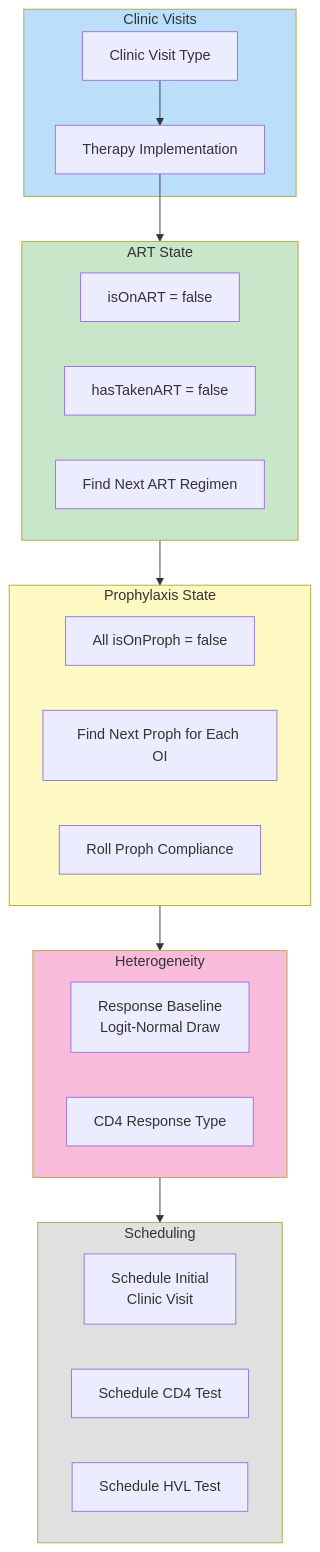
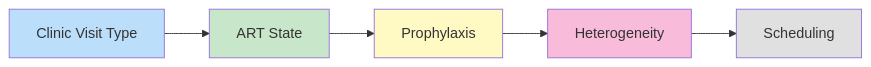
One commit to elithecat/CEPAC changed the seventh of 8 diagrams in docs/patient_initialization_guide.md. Above: the diagram before and after it, drawn with Mermaid. The commit also changed other lines of this file, not shown here.

First line of the commit message:
Fix Mermaid diagram overlaps and cat drinks YOUR water

````diff
--- a/docs/patient_initialization_guide.md
+++ b/docs/patient_initialization_guide.md
@@ -375,42 +359,13 @@
 ```mermaid
-flowchart TD
-    subgraph Visits["Clinic Visits"]
-        CV[Clinic Visit Type]
-        TI[Therapy Implementation]
-    end
+flowchart LR
+    CV[Clinic Visit Type] --> ART[ART State]
+    ART --> Proph[Prophylaxis]
+    Proph --> Response[Heterogeneity]
+    Response --> Sched[Scheduling]
 
-    subgraph ART["ART State"]
-        OART[isOnART = false]
-        HART[hasTakenART = false]
-        NART[Find Next ART Regimen]
-    end
-
-    subgraph Proph["Prophylaxis State"]
-        OPRO[All isOnProph = false]
-        NPRO[Find Next Proph for Each OI]
-        COMP[Roll Proph Compliance]
-    end
-
-    subgraph Response["Heterogeneity"]
-        RESP[Response Baseline<br/>Logit-Normal Draw]
-        CD4R[CD4 Response Type]
-    end
-
-    subgraph Scheduling["Scheduling"]
-        ICLIN[Schedule Initial<br/>Clinic Visit]
-        ICD4[Schedule CD4 Test]
-        IHVL[Schedule HVL Test]
-    end
-
-    CV --> TI
-    TI --> ART
-    ART --> Proph
-    Proph --> Response
-    Response --> Scheduling
-
-    style Visits fill:#bbdefb
+    style CV fill:#bbdefb
     style ART fill:#c8e6c9
     style Proph fill:#fff9c4
     style Response fill:#f8bbd9
-    style Scheduling fill:#e0e0e0
+    style Sched fill:#e0e0e0
 ```
````
